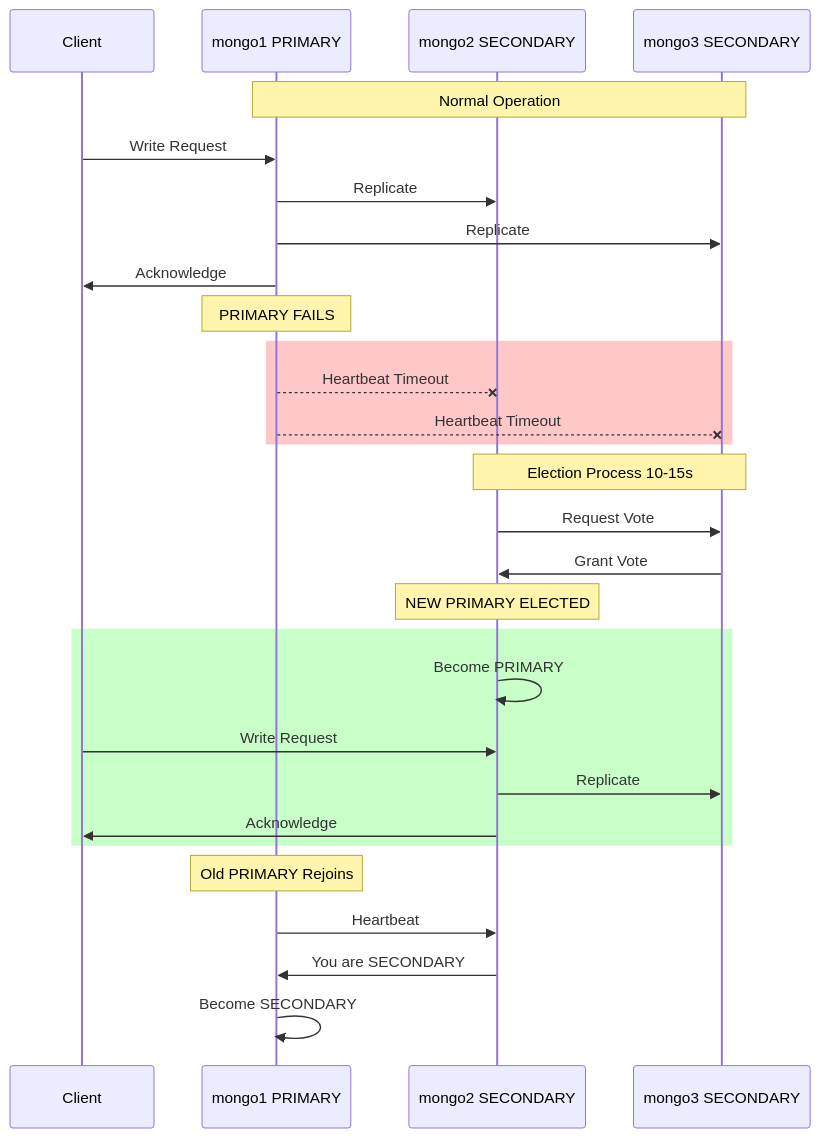
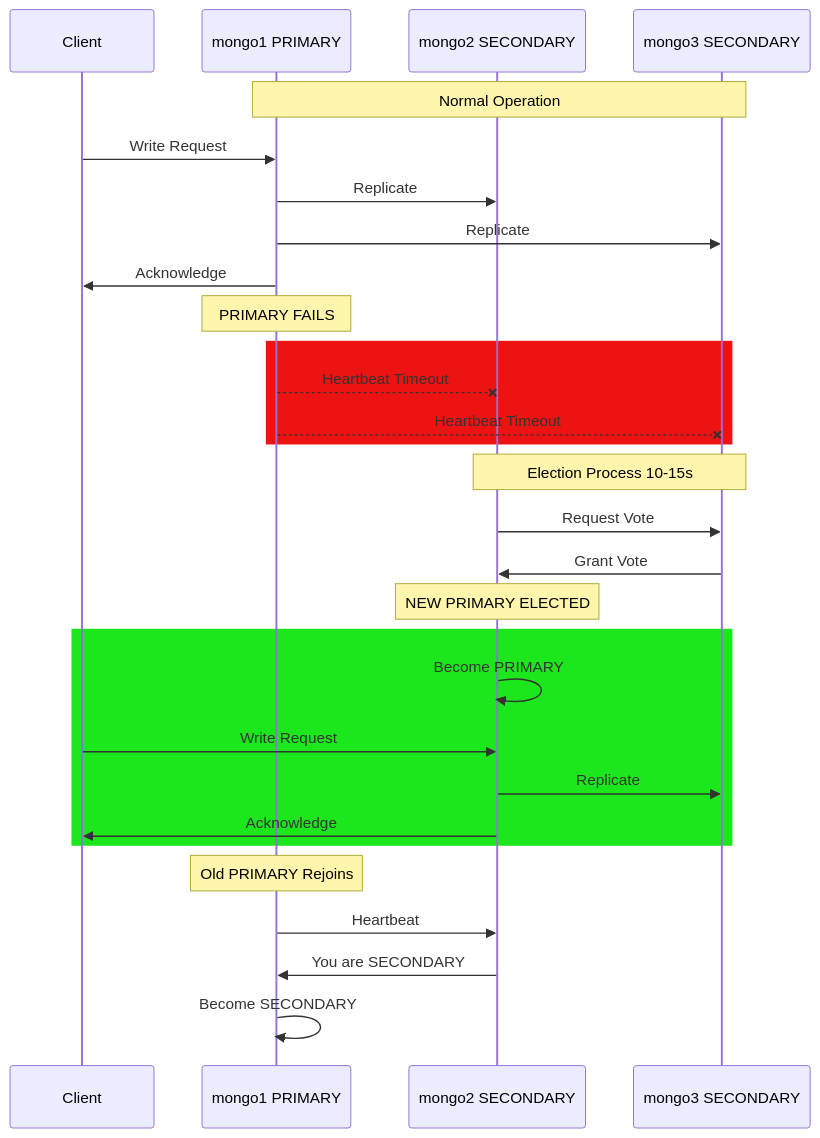
Before and after one commit to AkshayCu-Codes/mongodb-distributed-lab: the third of 4 diagrams in README.md, drawn with Mermaid. The commit also changed other lines of this file, not shown here.

````diff
--- a/README.md
+++ b/README.md
@@ -84,36 +84,36 @@
 ```mermaid
 sequenceDiagram
     participant C as Client
     participant M1 as mongo1 PRIMARY
     participant M2 as mongo2 SECONDARY
     participant M3 as mongo3 SECONDARY
     
     Note over M1,M3: Normal Operation
     C->>M1: Write Request
     M1->>M2: Replicate
     M1->>M3: Replicate
     M1->>C: Acknowledge
     
     Note over M1: PRIMARY FAILS
-    rect rgb(255, 200, 200)
+    rect rgba(238, 19, 19, 1)
         M1--xM2: Heartbeat Timeout
         M1--xM3: Heartbeat Timeout
     end
     
     Note over M2,M3: Election Process 10-15s
     M2->>M3: Request Vote
     M3->>M2: Grant Vote
     
     Note over M2: NEW PRIMARY ELECTED
-    rect rgb(200, 255, 200)
+    rect rgba(28, 231, 28, 1)
         M2->>M2: Become PRIMARY
         C->>M2: Write Request
         M2->>M3: Replicate
         M2->>C: Acknowledge
     end
     
     Note over M1: Old PRIMARY Rejoins
     M1->>M2: Heartbeat
     M2->>M1: You are SECONDARY
     M1->>M1: Become SECONDARY
 ```
````
